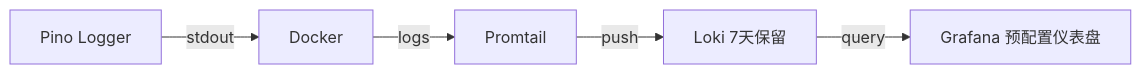
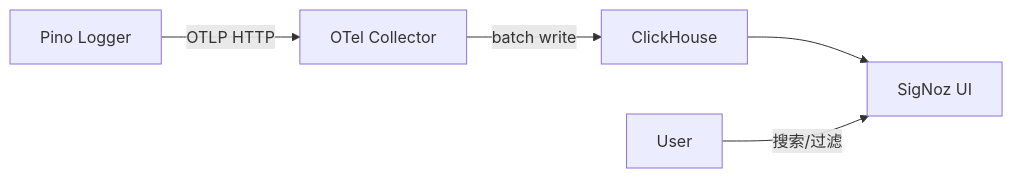
One commit to billkang/oceanus changed the diagram in docs/1-getting-started/environment.md. Above: the diagram before and after it, drawn with Mermaid. The commit also changed other lines of this file and 32 other files, not shown here.

First line of the commit message:
feat: replace Grafana/Loki/Promtail with SigNoz (Apache 2.0)

````diff
--- a/docs/1-getting-started/environment.md
+++ b/docs/1-getting-started/environment.md
@@ -150,7 +148,7 @@
 ```mermaid
 flowchart LR
-    Pino[Pino Logger] -->|stdout| Docker
-    Docker -->|logs| Promtail
-    Promtail -->|push| Loki[Loki 7天保留]
-    Loki -->|query| Grafana[Grafana 预配置仪表盘]
+    Pino[Pino Logger] -->|OTLP HTTP| OC[OTel Collector]
+    OC -->|batch write| CH[ClickHouse]
+    CH --> Signoz[SigNoz UI]
+    User -->|搜索/过滤| Signoz
 ```
````
